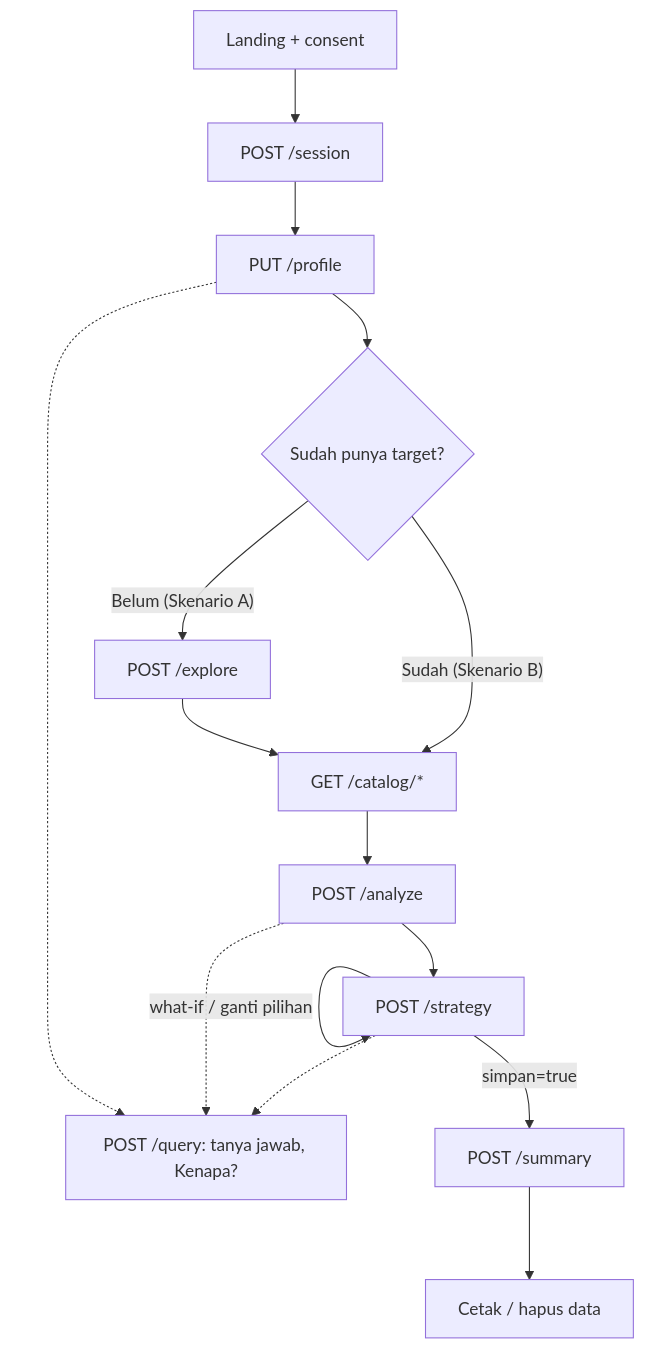
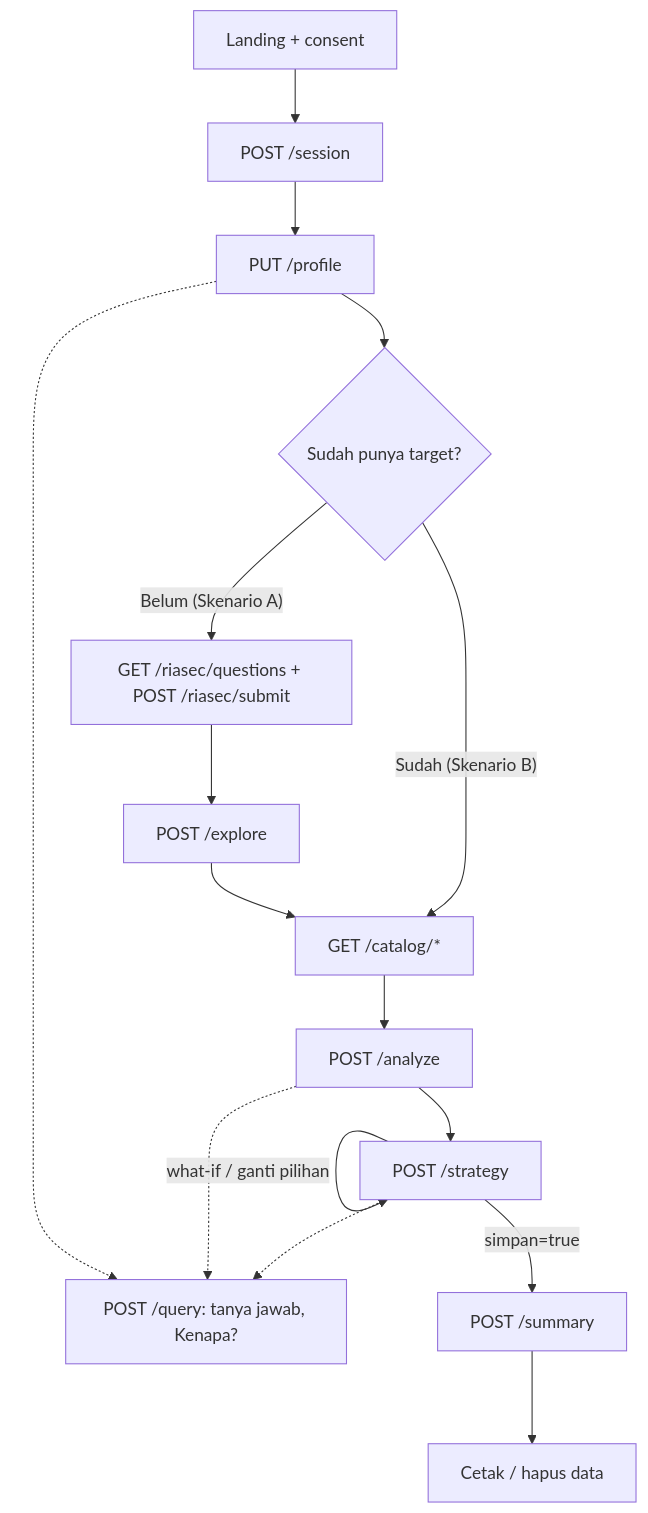
The first of 4 diagrams in README.md (colligetxsunib/jalurku-be), drawn with Mermaid before and after one commit. The commit also changed other lines of this file and 1 other file, not shown here.

First line of the commit message:
docs(riasec): add RIASEC research note and document endpoints

````diff
--- a/README.md
+++ b/README.md
@@ -76,17 +78,18 @@
 ```mermaid
 flowchart TD
     A["Landing + consent"] --> B["POST /session"]
     B --> C["PUT /profile"]
     C --> D{"Sudah punya target?"}
-    D -->|"Belum (Skenario A)"| E["POST /explore"]
+    D -->|"Belum (Skenario A)"| TM["GET /riasec/questions + POST /riasec/submit"]
+    TM --> E["POST /explore"]
     E --> F["GET /catalog/*"]
     D -->|"Sudah (Skenario B)"| F
     F --> G["POST /analyze"]
     G --> H["POST /strategy"]
     H -->|"what-if / ganti pilihan"| H
     H -->|"simpan=true"| I["POST /summary"]
     I --> J["Cetak / hapus data"]
     C -.-> Q["POST /query: tanya jawab, Kenapa?"]
     G -.-> Q
     H -.-> Q
 ```
````
